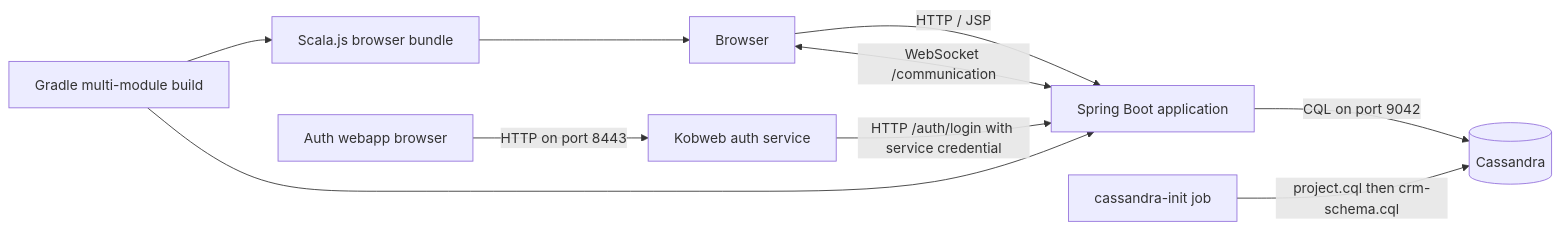
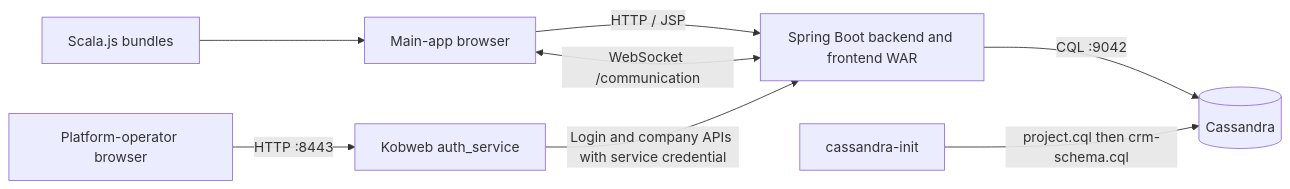
The diagram in README.md (dawsonjc/djc-crm), drawn with Mermaid before and after one commit. The commit also changed other lines of this file, not shown here.

````diff
--- a/README.md
+++ b/README.md
@@ -122,12 +104,10 @@
 ```mermaid
 flowchart LR
-    Browser[Browser] -->|HTTP / JSP| App[Spring Boot application]
-    Browser <-->|WebSocket /communication| App
-    AuthBrowser[Auth webapp browser] -->|HTTP on port 8443| Auth[Kobweb auth service]
-    Auth -->|HTTP /auth/login with service credential| App
-    Scala[Scala.js browser bundle] --> Browser
-    App -->|CQL on port 9042| Cassandra[(Cassandra)]
-    Init[cassandra-init job] -->|project.cql then crm-schema.cql| Cassandra
-    Gradle[Gradle multi-module build] --> Scala
-    Gradle --> App
+    Employee[Main-app browser] -->|HTTP / JSP| App[Spring Boot backend and frontend WAR]
+    Employee <-->|WebSocket /communication| App
+    Scala[Scala.js bundles] --> Employee
+    Operator[Platform-operator browser] -->|HTTP :8443| Auth[Kobweb auth_service]
+    Auth -->|Login and company APIs with service credential| App
+    App -->|CQL :9042| DB[(Cassandra)]
+    Init[cassandra-init] -->|project.cql then crm-schema.cql| DB
 ```
````
